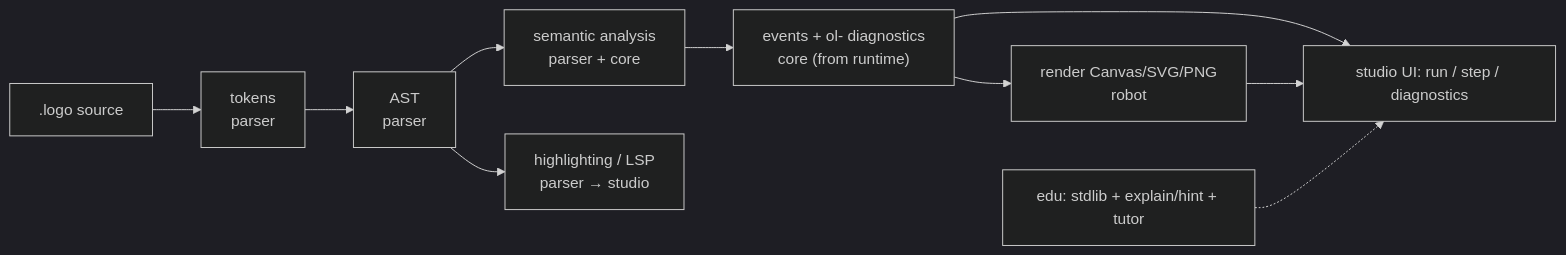
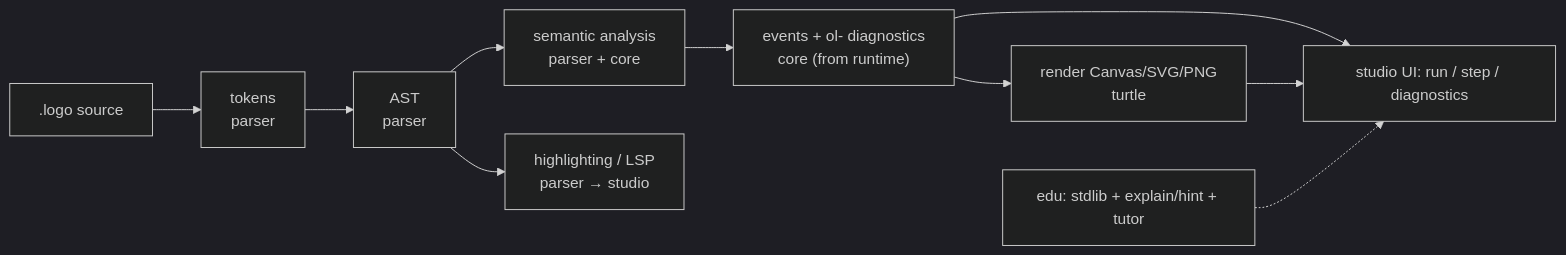
Before and after one commit to pmalarme/open-logo: the diagram in docs/architecture.md, drawn with Mermaid (dark theme). The commit also changed other lines of this file and 41 other files, not shown here.

````diff
--- a/docs/architecture.md
+++ b/docs/architecture.md
@@ -98,12 +101,12 @@
 ```mermaid
 flowchart LR
   src[".logo source"] --> tok["tokens<br/>parser"]
   tok --> ast["AST<br/>parser"]
   ast --> sem["semantic analysis<br/>parser + core"]
   sem --> ev["events + ol- diagnostics<br/>core (from runtime)"]
   ast --> hl["highlighting / LSP<br/>parser → studio"]
-  ev --> rob["render Canvas/SVG/PNG<br/>robot"]
+  ev --> rob["render Canvas/SVG/PNG<br/>turtle"]
   ev --> stu["studio UI: run / step / diagnostics"]
   rob --> stu
   edu["edu: stdlib + explain/hint + tutor"] -.-> stu
 ```
````
